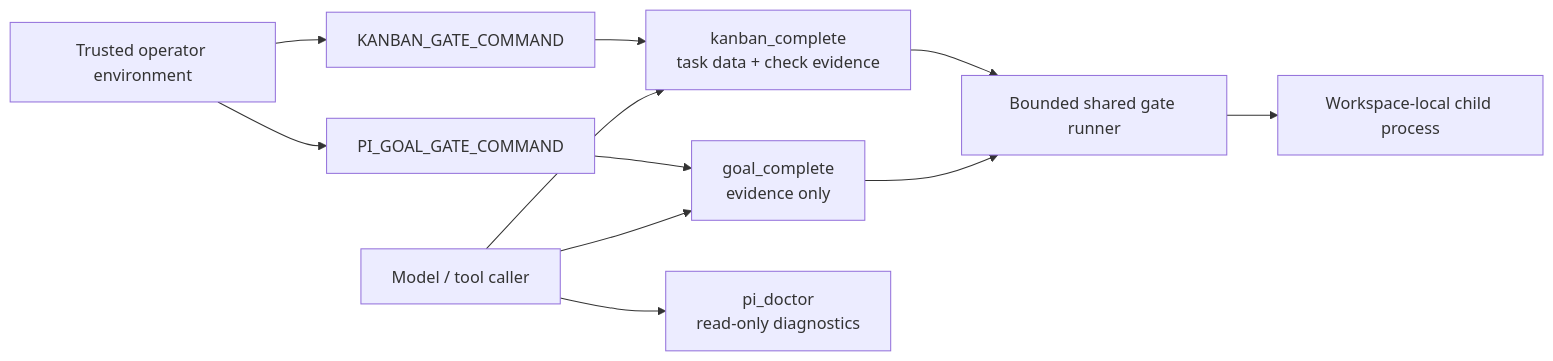
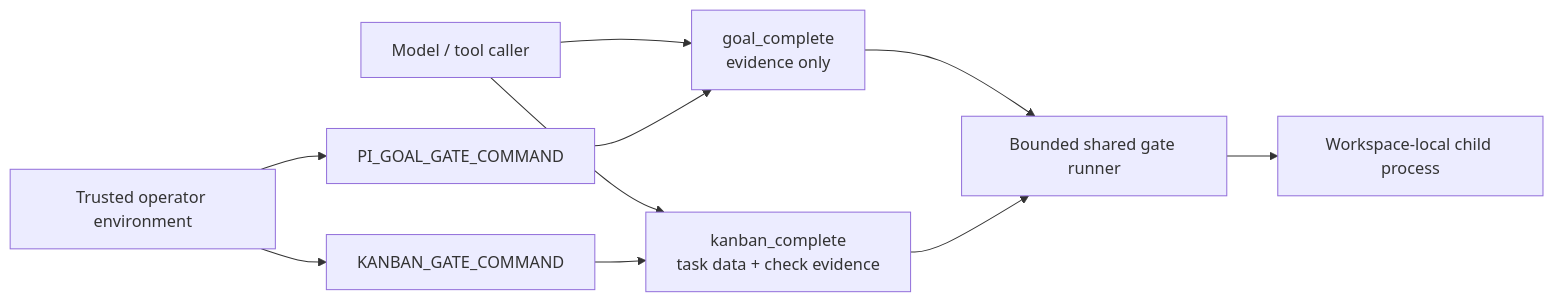
One commit to tS7hKamAYL84j91/pi-tools-and-skills changed the ninth of 33 diagrams in docs/architecture.md. Above: the diagram before and after it, drawn with Mermaid. The commit also changed other lines of this file and 16 other files, not shown here.

Commit message:
docs: refresh architecture and retire legacy planning

````diff
--- a/docs/architecture.md
+++ b/docs/architecture.md
@@ -307,13 +303,12 @@
 ```mermaid
 flowchart LR
   Model[Model / tool caller] --> GoalTool[goal_complete\nevidence only]
   Model --> KanbanTool[kanban_complete\ntask data + check evidence]
-  Model --> Doctor[pi_doctor\nread-only diagnostics]
   Operator[Trusted operator environment] --> GoalConfig[PI_GOAL_GATE_COMMAND]
   Operator --> KanbanConfig[KANBAN_GATE_COMMAND]
   GoalConfig --> GoalTool
   KanbanConfig --> KanbanTool
   GoalTool --> Runner[Bounded shared gate runner]
   KanbanTool --> Runner
   Runner --> Shell[Workspace-local child process]
 ```
````
